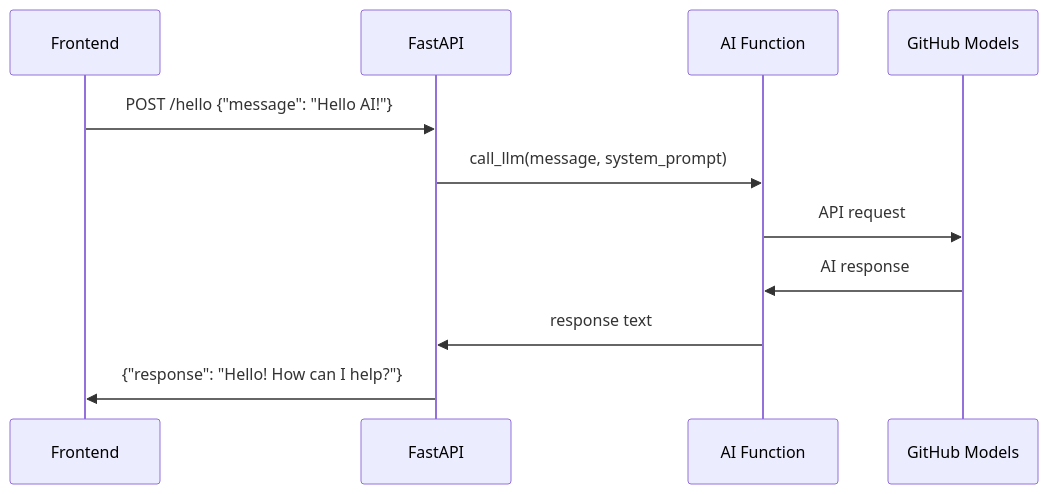
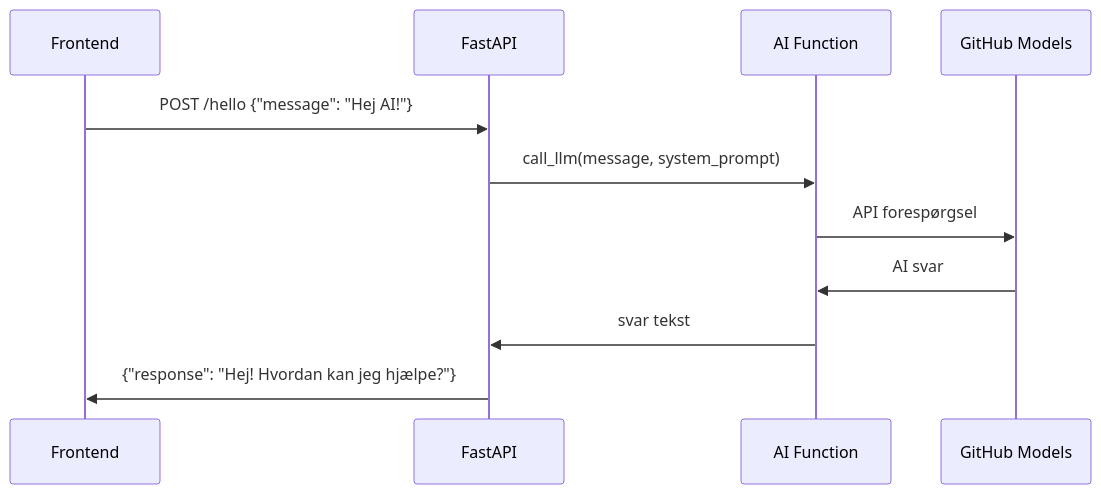
Before and after one commit to microsoft/Web-Dev-For-Beginners: the eighth of 14 diagrams in translations/da/9-chat-project/README.md, drawn with Mermaid. The commit also changed other lines of this file and 41 other files, not shown here.

````diff
--- a/translations/da/9-chat-project/README.md
+++ b/translations/da/9-chat-project/README.md
@@ -519,14 +660,14 @@
 ```mermaid
 sequenceDiagram
     participant Frontend
     participant FastAPI
     participant AI Function
     participant GitHub Models
     
-    Frontend->>FastAPI: POST /hello {"message": "Hello AI!"}
+    Frontend->>FastAPI: POST /hello {"message": "Hej AI!"}
     FastAPI->>AI Function: call_llm(message, system_prompt)
-    AI Function->>GitHub Models: API request
-    GitHub Models->>AI Function: AI response
-    AI Function->>FastAPI: response text
-    FastAPI->>Frontend: {"response": "Hello! How can I help?"}
-```
+    AI Function->>GitHub Models: API forespørgsel
+    GitHub Models->>AI Function: AI svar
+    AI Function->>FastAPI: svar tekst
+    FastAPI->>Frontend: {"response": "Hej! Hvordan kan jeg hjælpe?"}
+```  
````
